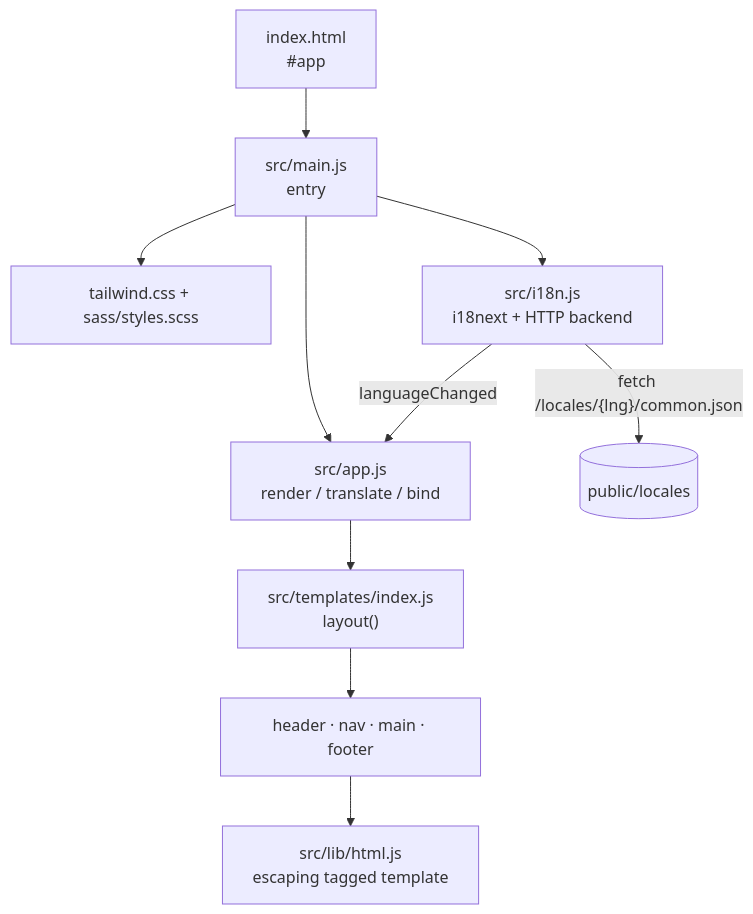
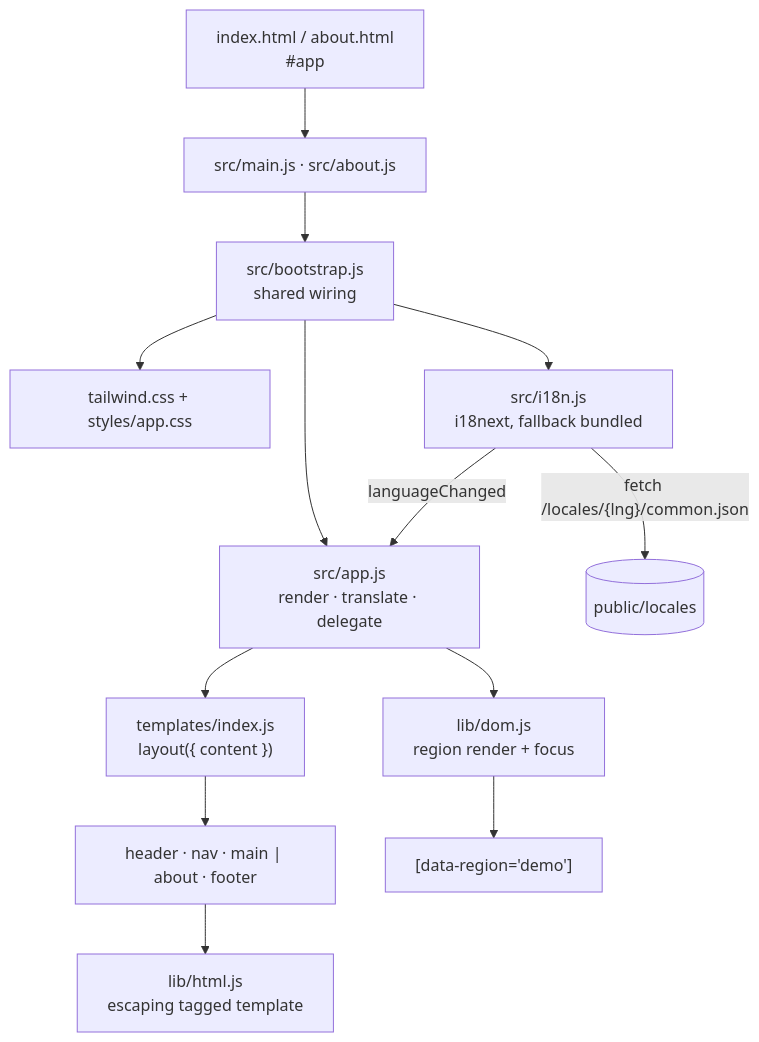
Before and after one commit to eternalvision/vanilla-vite-template: the first of 2 diagrams in docs/architecture.md, drawn with Mermaid. The commit also changed other lines of this file and 33 other files, not shown here.

````diff
--- a/docs/architecture.md
+++ b/docs/architecture.md
@@ -31,12 +35,15 @@
 ```mermaid
 graph TD
-    HTML["index.html<br/>#app"] --> Main["src/main.js<br/>entry"]
-    Main --> Styles["tailwind.css + sass/styles.scss"]
-    Main --> I18n["src/i18n.js<br/>i18next + HTTP backend"]
-    Main --> App["src/app.js<br/>render / translate / bind"]
-    App --> Layout["src/templates/index.js<br/>layout()"]
-    Layout --> Parts["header · nav · main · footer"]
-    Parts --> HtmlLib["src/lib/html.js<br/>escaping tagged template"]
+    HTML["index.html / about.html<br/>#app"] --> Entry["src/main.js · src/about.js"]
+    Entry --> Boot["src/bootstrap.js<br/>shared wiring"]
+    Boot --> Styles["tailwind.css + styles/app.css"]
+    Boot --> I18n["src/i18n.js<br/>i18next, fallback bundled"]
+    Boot --> App["src/app.js<br/>render · translate · delegate"]
+    App --> Layout["templates/index.js<br/>layout({ content })"]
+    Layout --> Parts["header · nav · main | about · footer"]
+    Parts --> HtmlLib["lib/html.js<br/>escaping tagged template"]
+    App --> Dom["lib/dom.js<br/>region render + focus"]
+    Dom --> Region["[data-region='demo']"]
     I18n -->|"fetch /locales/{lng}/common.json"| Locales[("public/locales")]
     I18n -->|"languageChanged"| App
 ```
````
